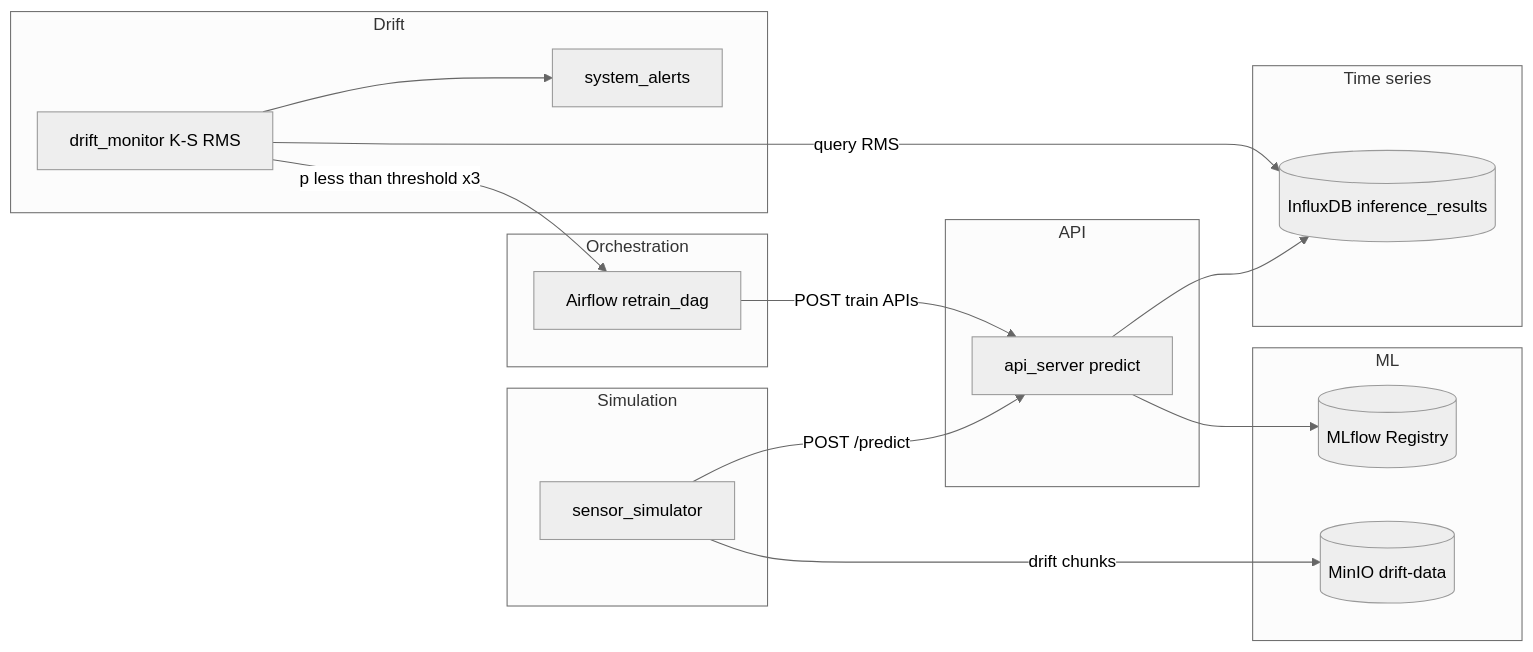
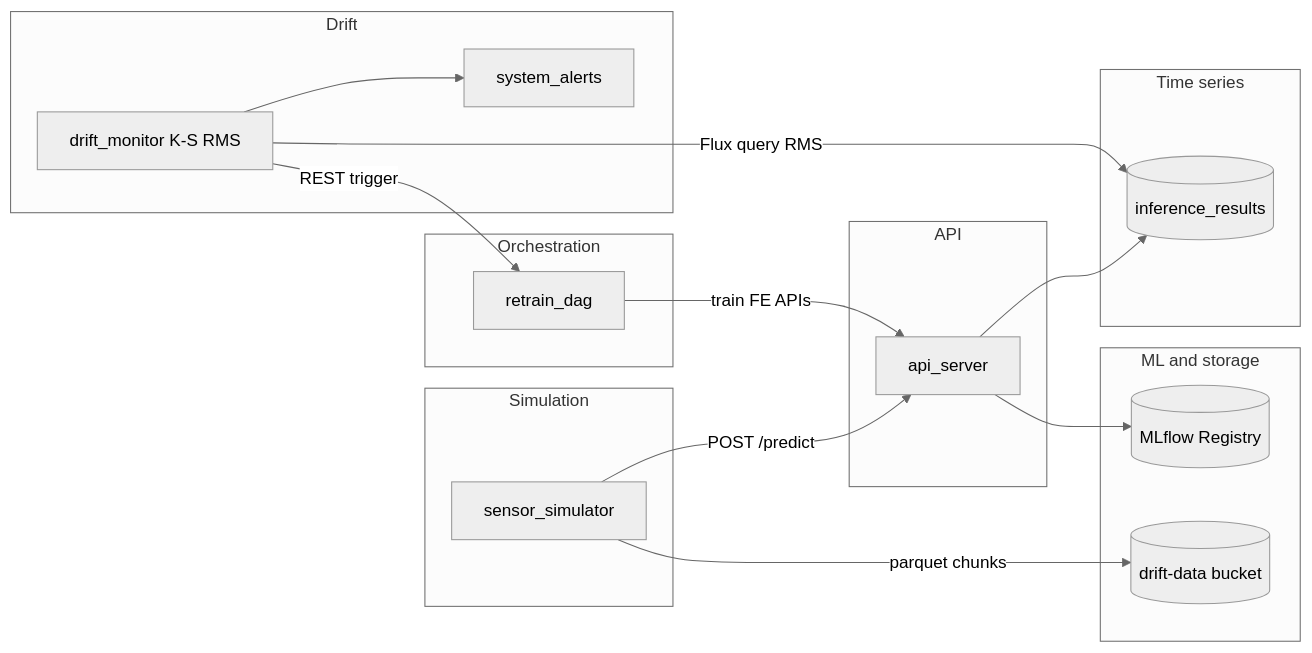
The second of 2 diagrams in README.md (serendipity-291/ddm_pipeline), drawn with Mermaid (neutral theme) before and after one commit. The commit also changed other lines of this file, not shown here.

````diff
--- a/README.md
+++ b/README.md
@@ -7,31 +82,31 @@
 ```mermaid
 flowchart LR
   subgraph sim [Simulation]
     Sim[sensor_simulator]
   end
   subgraph api [API]
-    FastAPI[api_server predict]
+    FastAPI[api_server]
   end
   subgraph ts [Time series]
-    Influx[(InfluxDB inference_results)]
+    Influx[(inference_results)]
   end
   subgraph drift [Drift]
     Mon[drift_monitor K-S RMS]
     Alerts[system_alerts]
   end
   subgraph orch [Orchestration]
-    AF[Airflow retrain_dag]
+    DAG[retrain_dag]
   end
-  subgraph ml [ML]
-    MLflow[(MLflow Registry)]
-    MinIO[(MinIO drift-data)]
+  subgraph ml [ML and storage]
+    Reg[(MLflow Registry)]
+    MinIO[(drift-data bucket)]
   end
   Sim -->|POST /predict| FastAPI
   FastAPI --> Influx
-  Mon -->|query RMS| Influx
+  Mon -->|Flux query RMS| Influx
   Mon --> Alerts
-  Mon -->|p less than threshold x3| AF
-  Sim -->|drift chunks| MinIO
-  AF -->|POST train APIs| FastAPI
-  FastAPI --> MLflow
+  Mon -->|REST trigger| DAG
+  Sim -->|parquet chunks| MinIO
+  DAG -->|train FE APIs| FastAPI
+  FastAPI --> Reg
 ```
````
